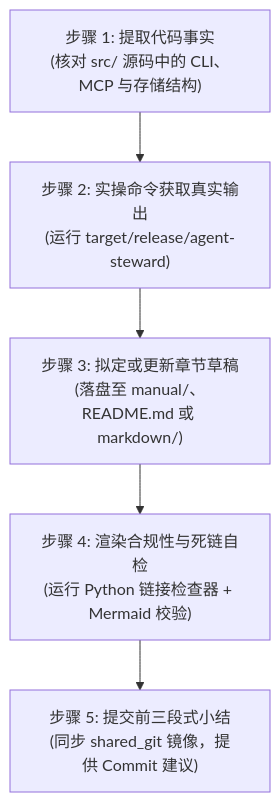
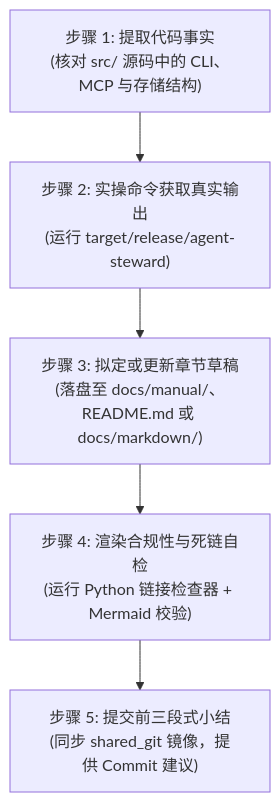
Before and after one commit to digoal/agent-body: the diagram in skills/agent-steward-doc-writer/SKILL.md, drawn with Mermaid. The commit also changed other lines of this file and 206 other files, not shown here.

````diff
--- a/skills/agent-steward-doc-writer/SKILL.md
+++ b/skills/agent-steward-doc-writer/SKILL.md
@@ -69,7 +69,7 @@
 ```mermaid
 flowchart TD
     A["步骤 1: 提取代码事实<br/>(核对 src/ 源码中的 CLI、MCP 与存储结构)"] --> B["步骤 2: 实操命令获取真实输出<br/>(运行 target/release/agent-steward)"]
-    B --> C["步骤 3: 拟定或更新章节草稿<br/>(落盘至 manual/、README.md 或 markdown/)"]
+    B --> C["步骤 3: 拟定或更新章节草稿<br/>(落盘至 docs/manual/、README.md 或 docs/markdown/)"]
     C --> D["步骤 4: 渲染合规性与死链自检<br/>(运行 Python 链接检查器 + Mermaid 校验)"]
     D --> E["步骤 5: 提交前三段式小结<br/>(同步 shared_git 镜像，提供 Commit 建议)"]
 ```
````
